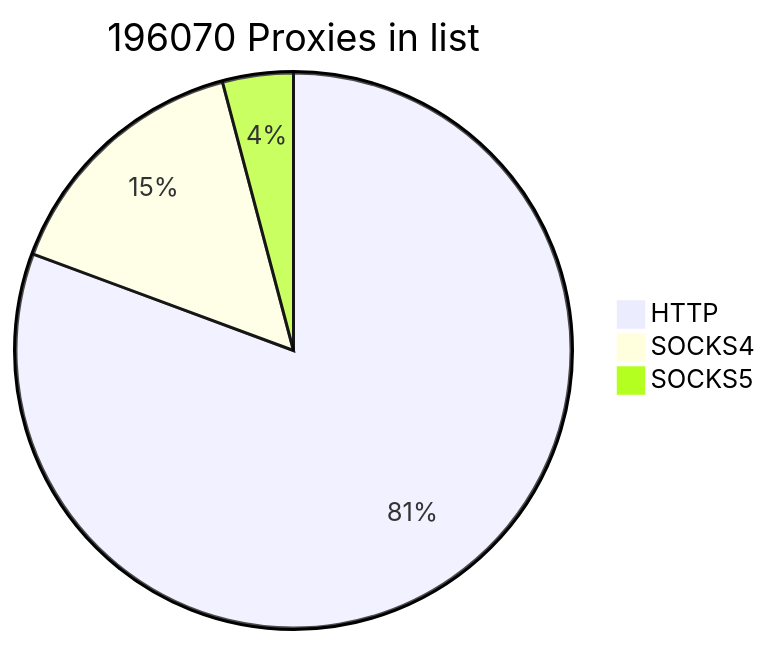
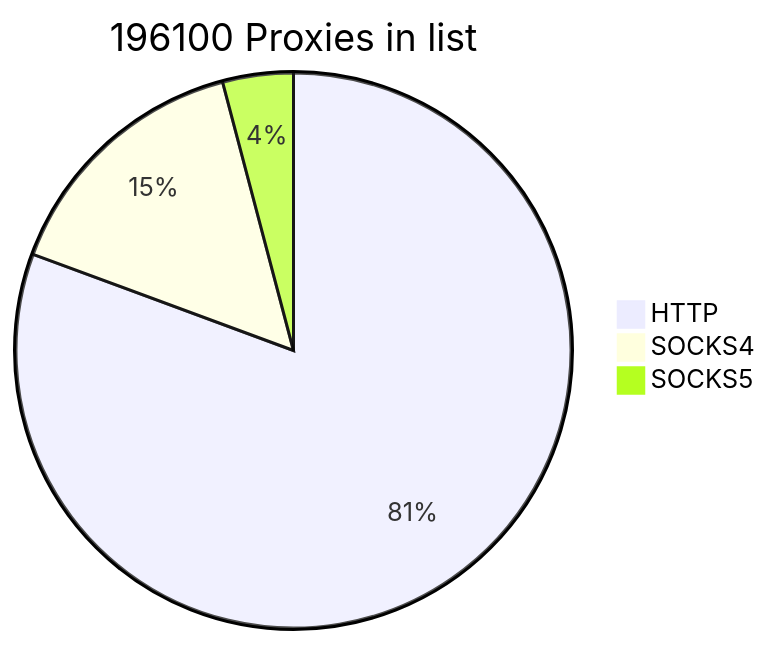
The first of 2 diagrams in README.md (cutipu/proxylist), drawn with Mermaid before and after one commit. The commit also changed other lines of this file, not shown here.

````diff
--- a/README.md
+++ b/README.md
@@ -2,7 +2,7 @@
 ```mermaid
-pie title 196070 Proxies in list
-    "HTTP" : 158121
-    "SOCKS4" : 29877
-    "SOCKS5" : 8072
+pie title 196100 Proxies in list
+    "HTTP" : 158115
+    "SOCKS4" : 29925
+    "SOCKS5" : 8060
             
 ```
````
